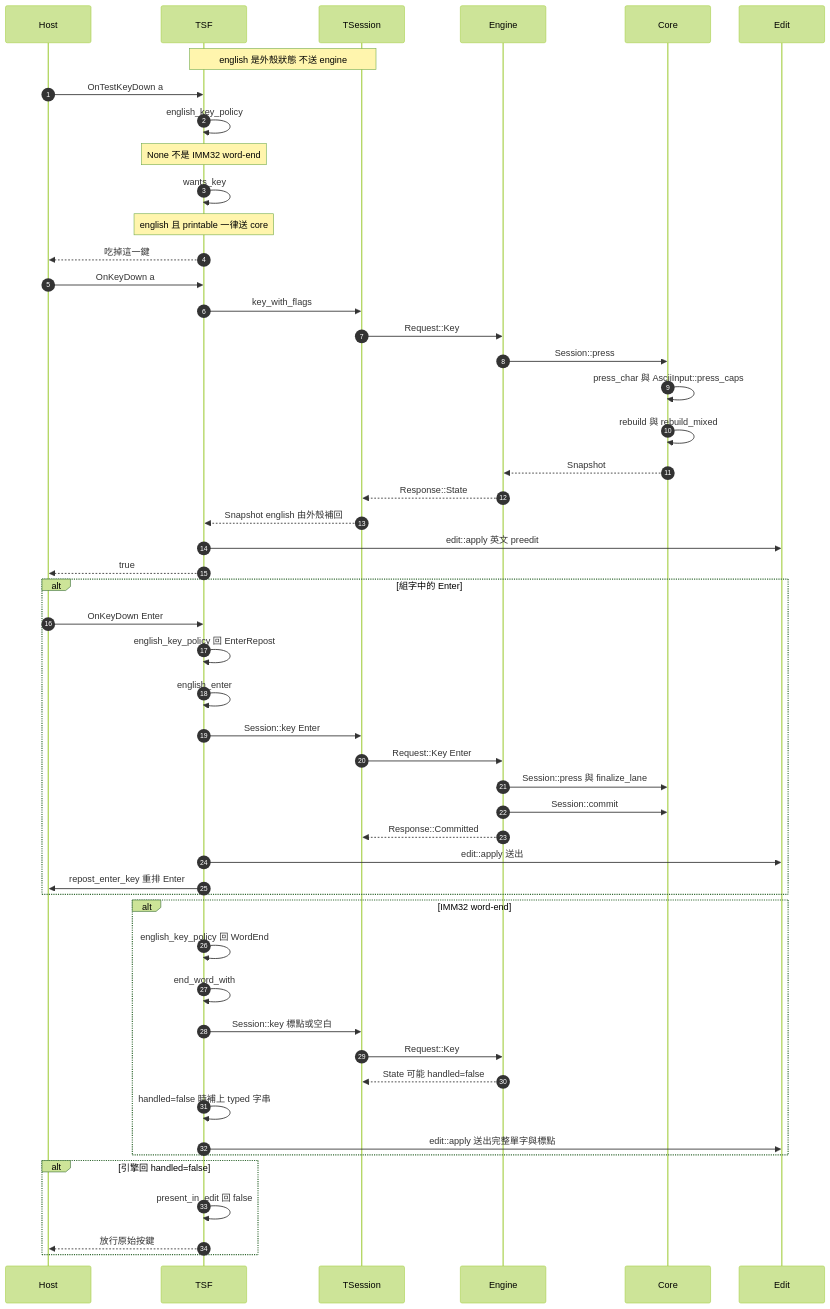
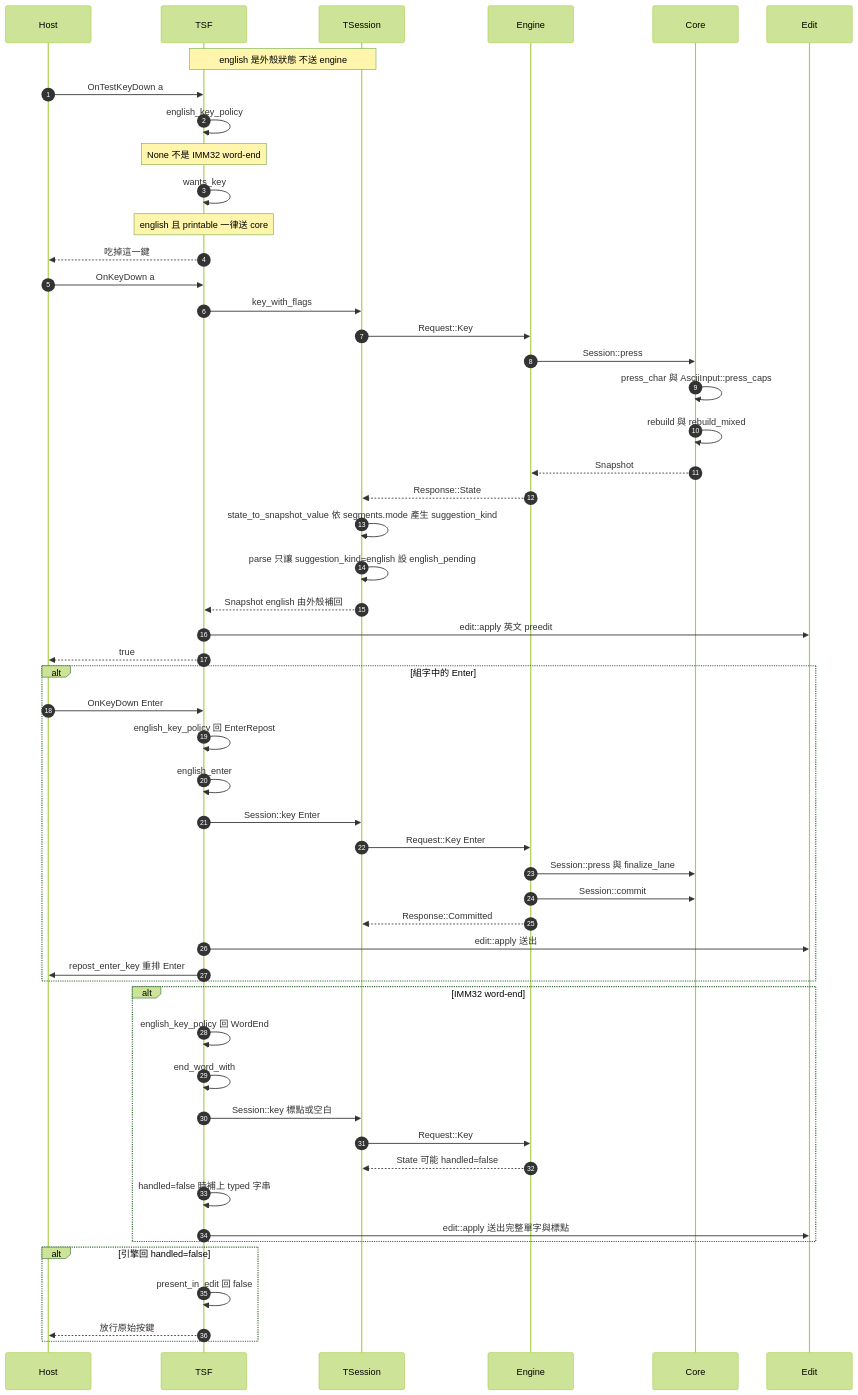
Before and after one commit to jeffpeng3/jc-ime: the fifth of 13 diagrams in docs/port/event-flows.md, drawn with Mermaid (forest theme). The commit also changed other lines of this file, not shown here.

Commit message:
docs: 補上 suggestion_kind 與刪除位置

````diff
--- a/docs/port/event-flows.md
+++ b/docs/port/event-flows.md
@@ -309,58 +313,60 @@
 ```mermaid
 sequenceDiagram
     autonumber
     participant Host
     participant TSF
     participant TSession
     participant Engine
     participant Core
     participant Edit
 
     Note over TSF,TSession: english 是外殼狀態 不送 engine
     Host->>TSF: OnTestKeyDown a
     TSF->>TSF: english_key_policy
     Note over TSF: None 不是 IMM32 word-end
     TSF->>TSF: wants_key
     Note over TSF: english 且 printable 一律送 core
     TSF-->>Host: 吃掉這一鍵
 
     Host->>TSF: OnKeyDown a
     TSF->>TSession: key_with_flags
     TSession->>Engine: Request::Key
     Engine->>Core: Session::press
     Core->>Core: press_char 與 AsciiInput::press_caps
     Core->>Core: rebuild 與 rebuild_mixed
     Core-->>Engine: Snapshot
     Engine-->>TSession: Response::State
+    TSession->>TSession: state_to_snapshot_value 依 segments.mode 產生 suggestion_kind
+    TSession->>TSession: parse 只讓 suggestion_kind=english 設 english_pending
     TSession-->>TSF: Snapshot english 由外殼補回
     TSF->>Edit: edit::apply 英文 preedit
     TSF-->>Host: true
 
     alt 組字中的 Enter
         Host->>TSF: OnKeyDown Enter
         TSF->>TSF: english_key_policy 回 EnterRepost
         TSF->>TSF: english_enter
         TSF->>TSession: Session::key Enter
         TSession->>Engine: Request::Key Enter
         Engine->>Core: Session::press 與 finalize_lane
         Engine->>Core: Session::commit
         Engine-->>TSession: Response::Committed
         TSF->>Edit: edit::apply 送出
         TSF->>Host: repost_enter_key 重排 Enter
     end
 
     alt IMM32 word-end
         TSF->>TSF: english_key_policy 回 WordEnd
         TSF->>TSF: end_word_with
         TSF->>TSession: Session::key 標點或空白
         TSession->>Engine: Request::Key
         Engine-->>TSession: State 可能 handled=false
         TSF->>TSF: handled=false 時補上 typed 字串
         TSF->>Edit: edit::apply 送出完整單字與標點
     end
 
     alt 引擎回 handled=false
         TSF->>TSF: present_in_edit 回 false
         TSF-->>Host: 放行原始按鍵
     end
 ```
````
